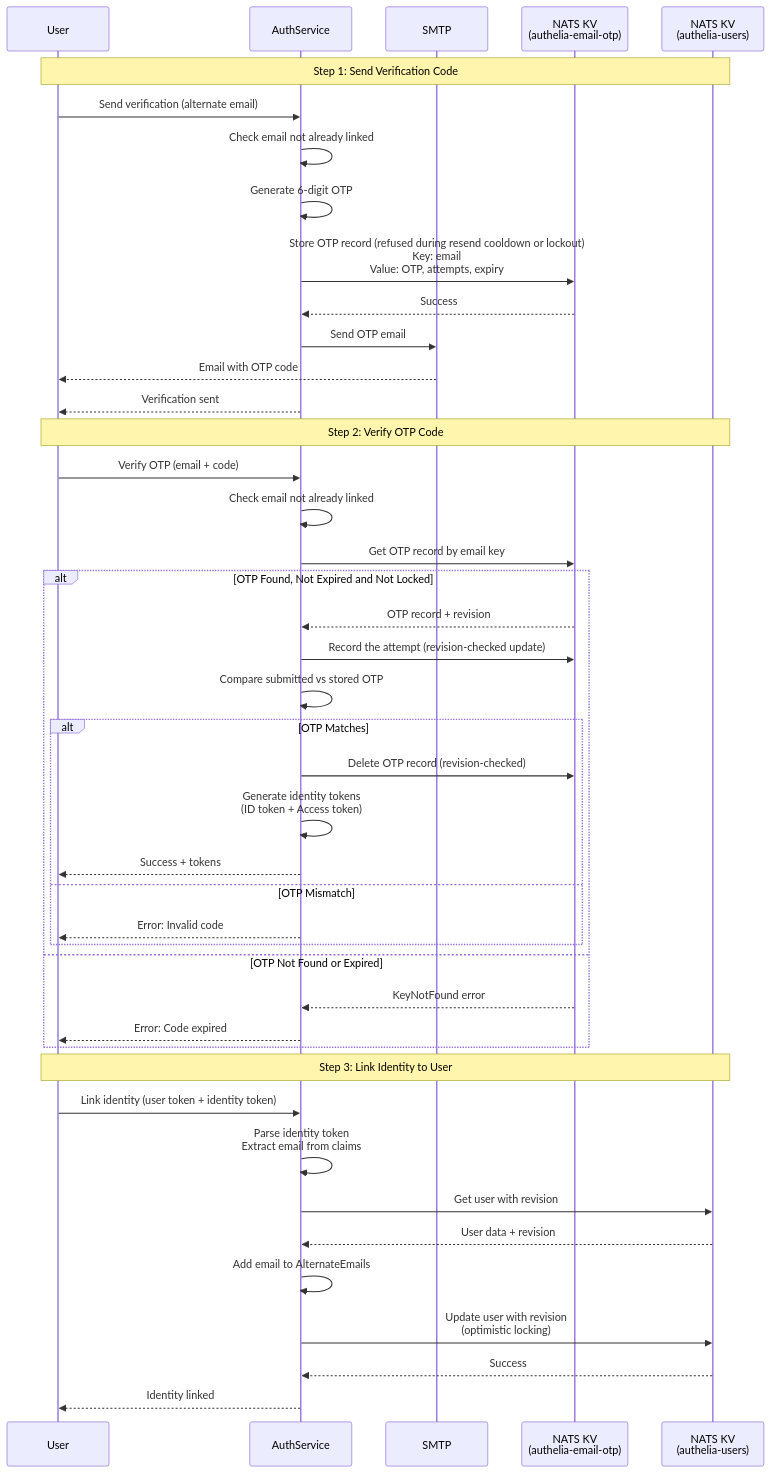
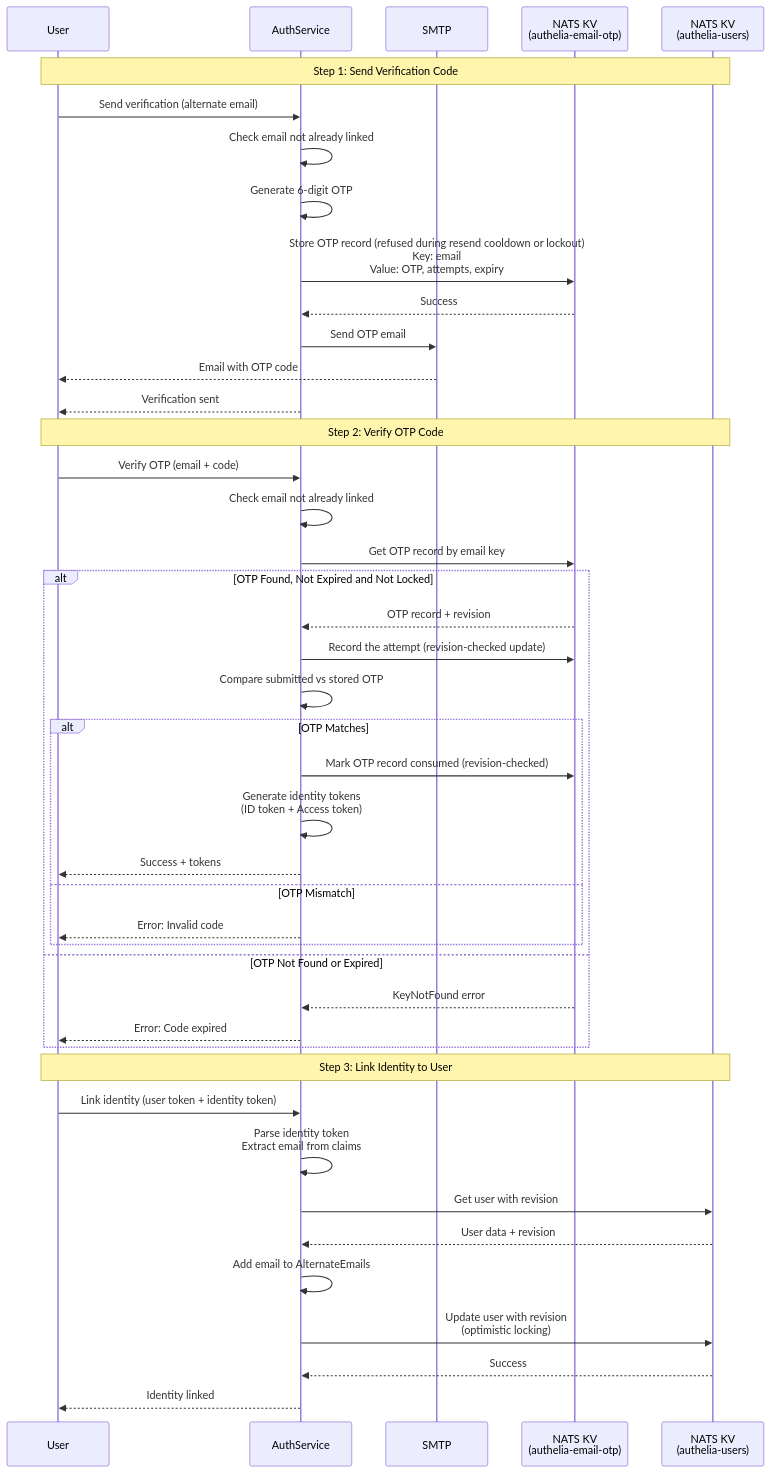
The second of 2 diagrams in internal/infrastructure/authelia/README.md (linuxfoundation/lfx-v2-auth-service), drawn with Mermaid before and after one commit. The commit also changed other lines of this file and 2 other files, not shown here.

Commit message:
fix(authelia): keep resend cooldown after a code is consumed
An accepted verification code is now marked consumed with a
revision-checked update instead of being deleted. The consumed record stays
until the code would have expired, so the per-address resend cooldown still
applies after a successful verification, and a consumed code is never
accepted again.

Adds tests for a resend right after a successful verification and for a
rollback with a stale revision.

````diff
--- a/internal/infrastructure/authelia/README.md
+++ b/internal/infrastructure/authelia/README.md
@@ -200,52 +200,52 @@
 ```mermaid
 sequenceDiagram
     participant User
     participant AuthService
     participant SMTP
     participant NATSKV as NATS KV<br/>(authelia-email-otp)
     participant Storage as NATS KV<br/>(authelia-users)
 
     Note over User,Storage: Step 1: Send Verification Code
     
     User->>AuthService: Send verification (alternate email)
     AuthService->>AuthService: Check email not already linked
     AuthService->>AuthService: Generate 6-digit OTP
     AuthService->>NATSKV: Store OTP record (refused during resend cooldown or lockout)<br/>Key: email<br/>Value: OTP, attempts, expiry
     NATSKV-->>AuthService: Success
     AuthService->>SMTP: Send OTP email
     SMTP-->>User: Email with OTP code
     AuthService-->>User: Verification sent
 
     Note over User,Storage: Step 2: Verify OTP Code
     
     User->>AuthService: Verify OTP (email + code)
     AuthService->>AuthService: Check email not already linked
     AuthService->>NATSKV: Get OTP record by email key
     
     alt OTP Found, Not Expired and Not Locked
         NATSKV-->>AuthService: OTP record + revision
         AuthService->>NATSKV: Record the attempt (revision-checked update)
         AuthService->>AuthService: Compare submitted vs stored OTP
         alt OTP Matches
-            AuthService->>NATSKV: Delete OTP record (revision-checked)
+            AuthService->>NATSKV: Mark OTP record consumed (revision-checked)
             AuthService->>AuthService: Generate identity tokens<br/>(ID token + Access token)
             AuthService-->>User: Success + tokens
         else OTP Mismatch
             AuthService-->>User: Error: Invalid code
         end
     else OTP Not Found or Expired
         NATSKV-->>AuthService: KeyNotFound error
         AuthService-->>User: Error: Code expired
     end
 
     Note over User,Storage: Step 3: Link Identity to User
     
     User->>AuthService: Link identity (user token + identity token)
     AuthService->>AuthService: Parse identity token<br/>Extract email from claims
     AuthService->>Storage: Get user with revision
     Storage-->>AuthService: User data + revision
     AuthService->>AuthService: Add email to AlternateEmails
     AuthService->>Storage: Update user with revision<br/>(optimistic locking)
     Storage-->>AuthService: Success
     AuthService-->>User: Identity linked
 ```
````
